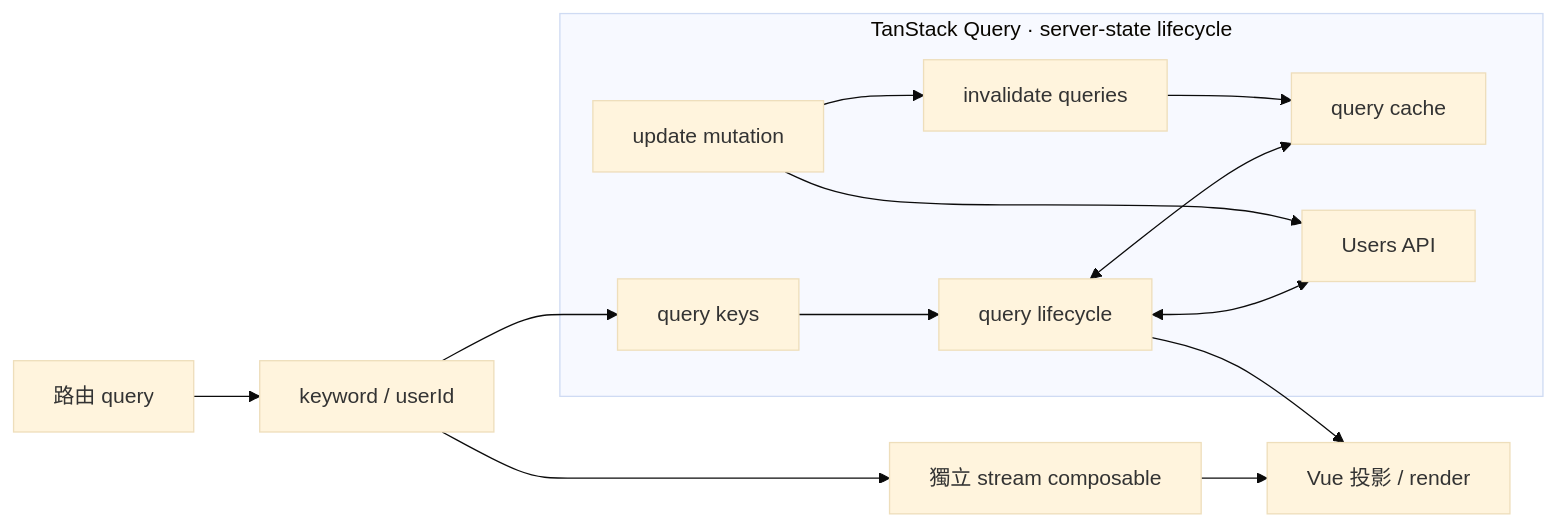
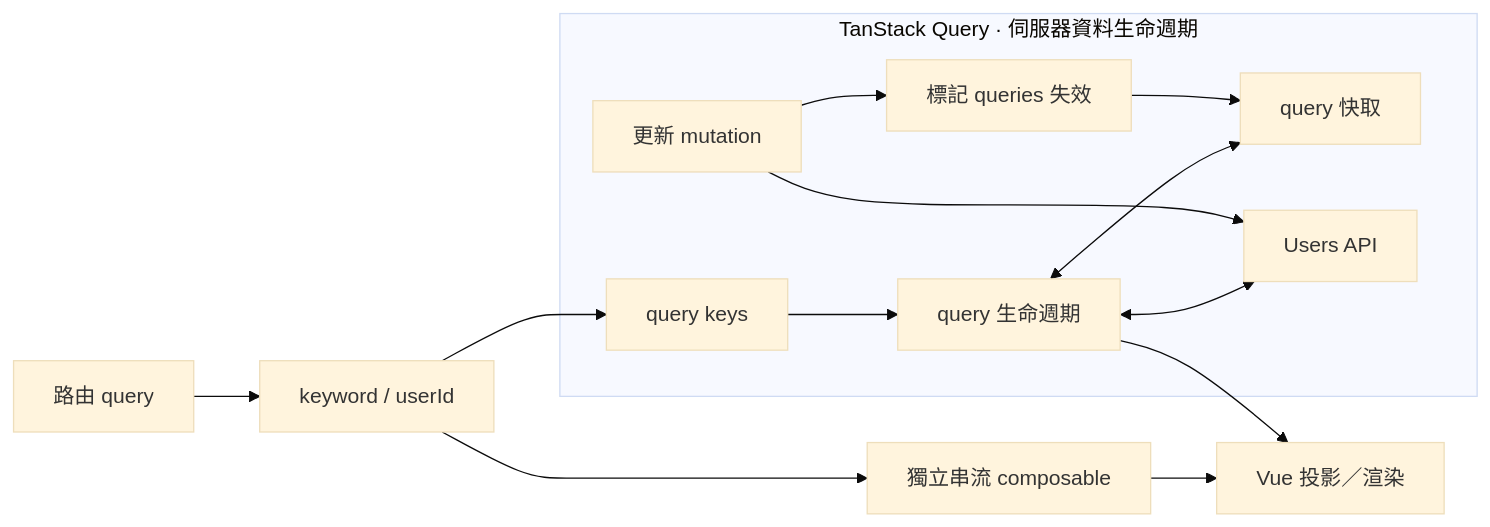
The diagram in pages/40-tanstack-query.md (Luciano0322/v-tw-talk-2026), drawn with Mermaid (base theme) before and after one commit. The commit also changed other lines of this file and 9 other files, not shown here.

````diff
--- a/pages/40-tanstack-query.md
+++ b/pages/40-tanstack-query.md
@@ -64,18 +64,18 @@
 ```mermaid
 flowchart LR
   Route["路由 query"] --> Sources["keyword / userId"]
   Sources --> Keys["query keys"]
 
-  subgraph QueryOwner["TanStack Query · server-state lifecycle"]
-    Keys --> Query["query lifecycle"]
-    Query <--> Cache["query cache"]
+  subgraph QueryOwner["TanStack Query · 伺服器資料生命週期"]
+    Keys --> Query["query 生命週期"]
+    Query <--> Cache["query 快取"]
     Query <--> API["Users API"]
-    Mutation["update mutation"] --> API
-    Mutation --> Invalidate["invalidate queries"]
+    Mutation["更新 mutation"] --> API
+    Mutation --> Invalidate["標記 queries 失效"]
     Invalidate --> Cache
   end
 
-  Query --> Vue["Vue 投影 / render"]
-  Sources --> Stream["獨立 stream composable"]
+  Query --> Vue["Vue 投影／渲染"]
+  Sources --> Stream["獨立串流 composable"]
   Stream --> Vue
 ```
````
